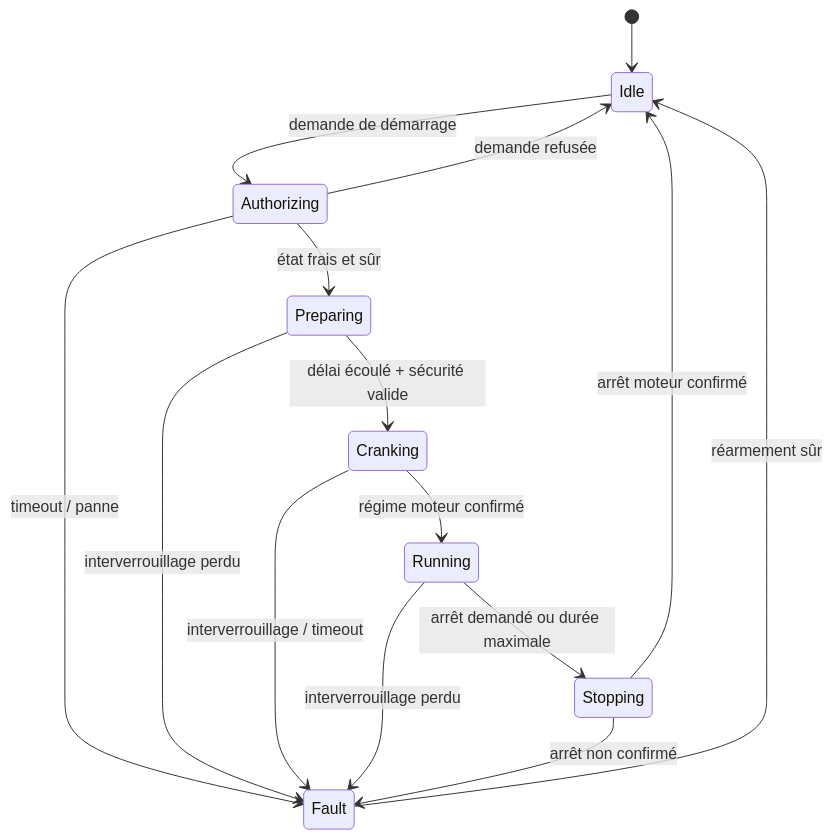
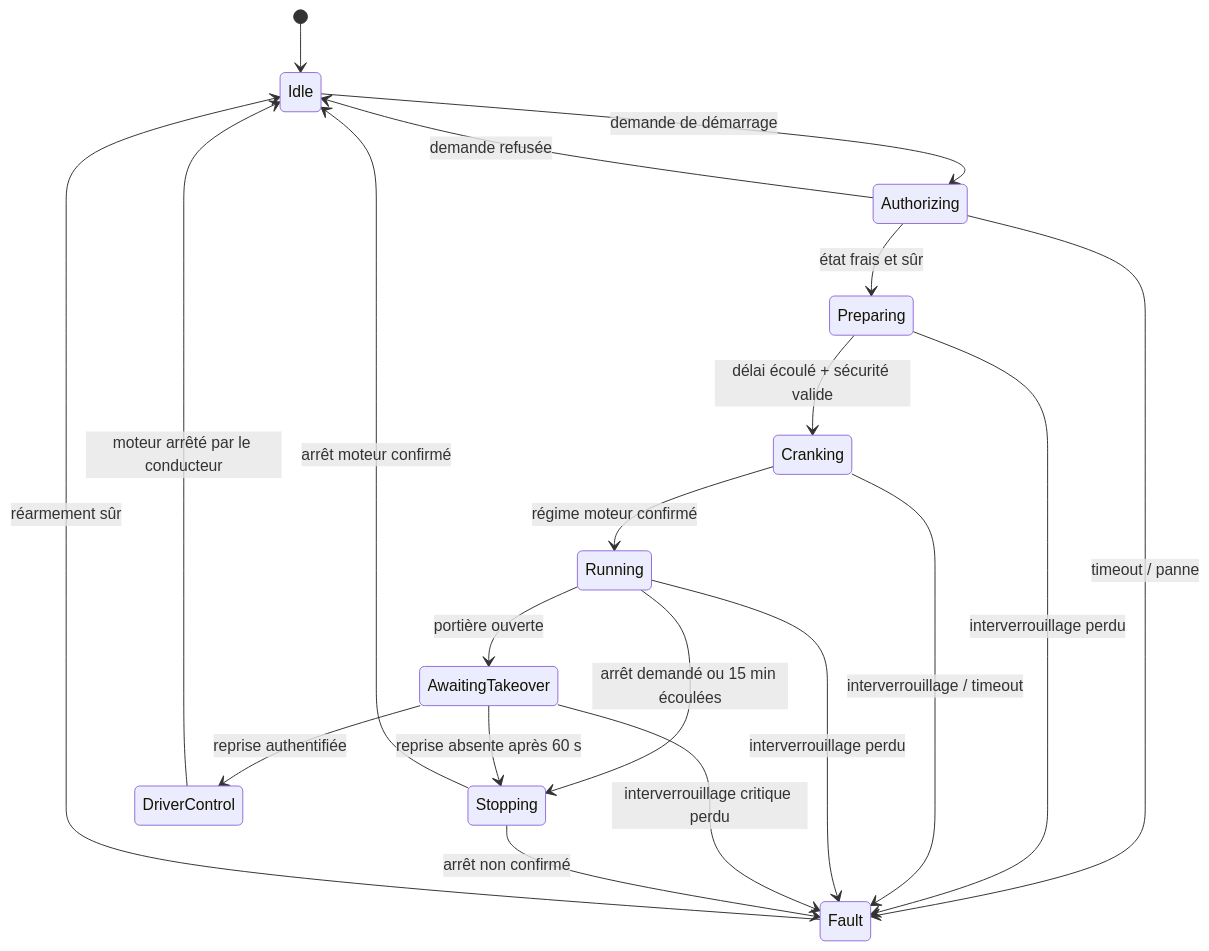
Before and after one commit to Synaro/BMW-E9x-Remote-Control: the second of 3 diagrams in docs/architecture.md, drawn with Mermaid. The commit also changed other lines of this file and 20 other files, not shown here.

Commit message:
Add remote session takeover flow

````diff
--- a/docs/architecture.md
+++ b/docs/architecture.md
@@ -65,17 +66,22 @@
 ```mermaid
 stateDiagram-v2
     [*] --> Idle
     Idle --> Authorizing: demande de démarrage
     Authorizing --> Preparing: état frais et sûr
     Authorizing --> Idle: demande refusée
     Preparing --> Cranking: délai écoulé + sécurité valide
     Cranking --> Running: régime moteur confirmé
-    Running --> Stopping: arrêt demandé ou durée maximale
+    Running --> AwaitingTakeover: portière ouverte
+    Running --> Stopping: arrêt demandé ou 15 min écoulées
+    AwaitingTakeover --> DriverControl: reprise authentifiée
+    AwaitingTakeover --> Stopping: reprise absente après 60 s
+    DriverControl --> Idle: moteur arrêté par le conducteur
     Stopping --> Idle: arrêt moteur confirmé
     Authorizing --> Fault: timeout / panne
     Preparing --> Fault: interverrouillage perdu
     Cranking --> Fault: interverrouillage / timeout
     Running --> Fault: interverrouillage perdu
+    AwaitingTakeover --> Fault: interverrouillage critique perdu
     Stopping --> Fault: arrêt non confirmé
     Fault --> Idle: réarmement sûr
 ```
````
